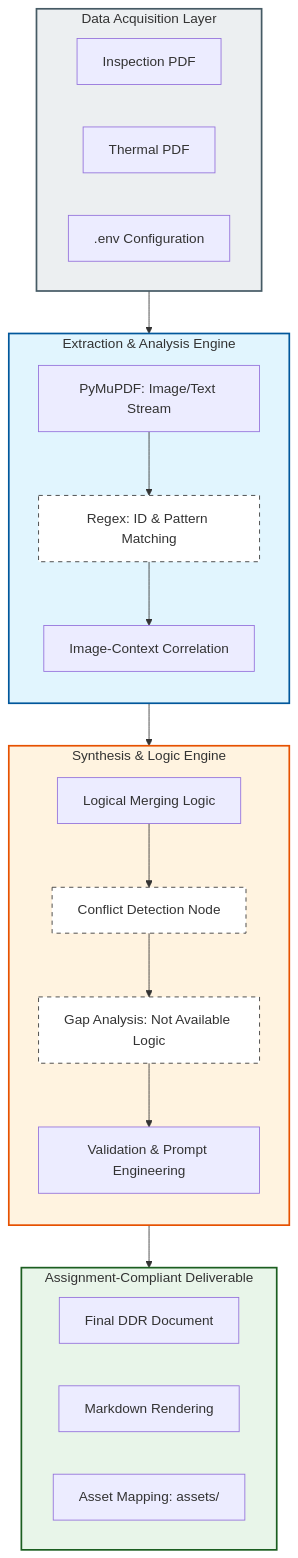
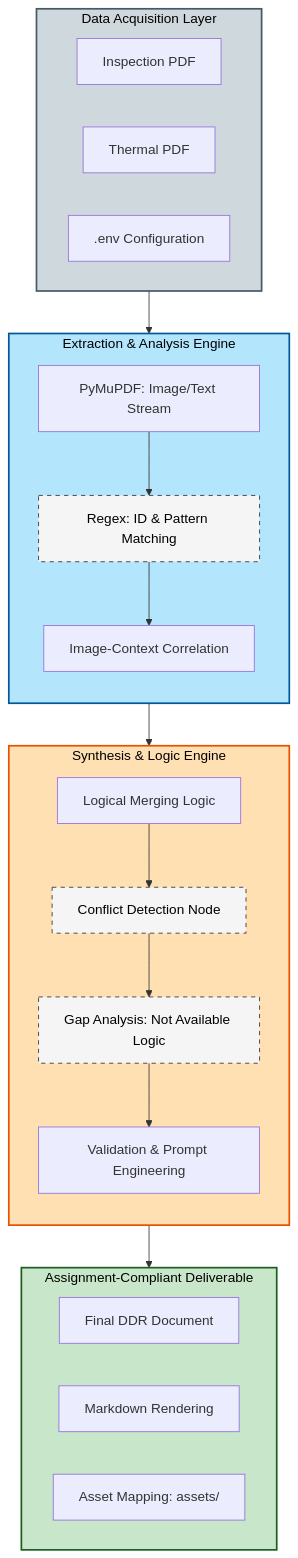
Before and after one commit to Aftab0904/Applied-AI-Builder: the diagram in README.md, drawn with Mermaid.

Commit message:
Updated Read me

````diff
--- a/README.md
+++ b/README.md
@@ -9,50 +9,50 @@
 ```mermaid
 graph TD
     subgraph Input_Layer [Data Acquisition Layer]
         I[Inspection PDF]
         T[Thermal PDF]
         ENV[.env Configuration]
     end
 
     subgraph Processing_Layer [Extraction & Analysis Engine]
         direction TB
         MUP[PyMuPDF: Image/Text Stream]
         REG[Regex: ID & Pattern Matching]
         IMG[Image-Context Correlation]
         
         MUP --> REG
         REG --> IMG
     end
 
     subgraph Reasoning_Layer [Synthesis & Logic Engine]
         direction TB
         ML[Logical Merging Logic]
         CD[Conflict Detection Node]
         GA[Gap Analysis: Not Available Logic]
         VP[Validation & Prompt Engineering]
         
         ML --> CD
         CD --> GA
         GA --> VP
     end
 
     subgraph Output_Layer [Assignment-Compliant Deliverable]
         DDR[Final DDR Document]
         MD[Markdown Rendering]
         AS[Asset Mapping: assets/]
     end
 
     Input_Layer --> Processing_Layer
     Processing_Layer --> Reasoning_Layer
     Reasoning_Layer --> Output_Layer
 
     %% Styling for colorful boxes
-    style Input_Layer fill:#eceff1,stroke:#455a64,stroke-width:2px
-    style Processing_Layer fill:#e1f5fe,stroke:#01579b,stroke-width:2px
-    style Reasoning_Layer fill:#fff3e0,stroke:#e65100,stroke-width:2px
-    style Output_Layer fill:#e8f5e9,stroke:#1b5e20,stroke-width:2px
+    style Input_Layer fill:#cfd8dc,stroke:#455a64,stroke-width:2px,color:#000
+    style Processing_Layer fill:#b3e5fc,stroke:#01579b,stroke-width:2px,color:#000
+    style Reasoning_Layer fill:#ffe0b2,stroke:#e65100,stroke-width:2px,color:#000
+    style Output_Layer fill:#c8e6c9,stroke:#1b5e20,stroke-width:2px,color:#000
 
     %% Node styling
-    classDef engine fill:#fff,stroke:#333,stroke-dasharray: 5 5;
+    classDef engine fill:#f5f5f5,stroke:#333,stroke-dasharray: 5 5,color:#000;
     class CD,GA,REG engine;
 ```
````
